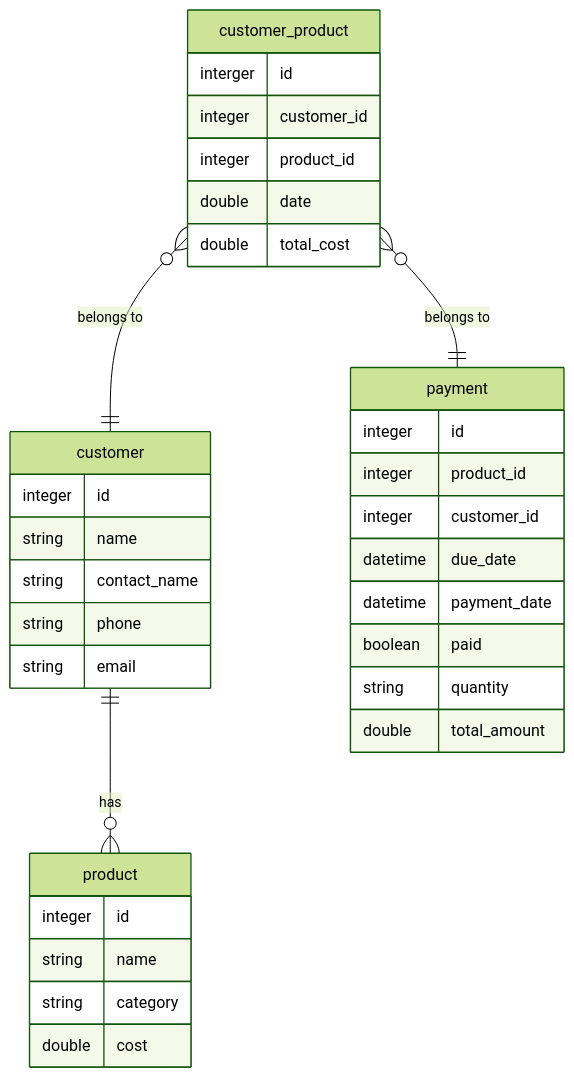
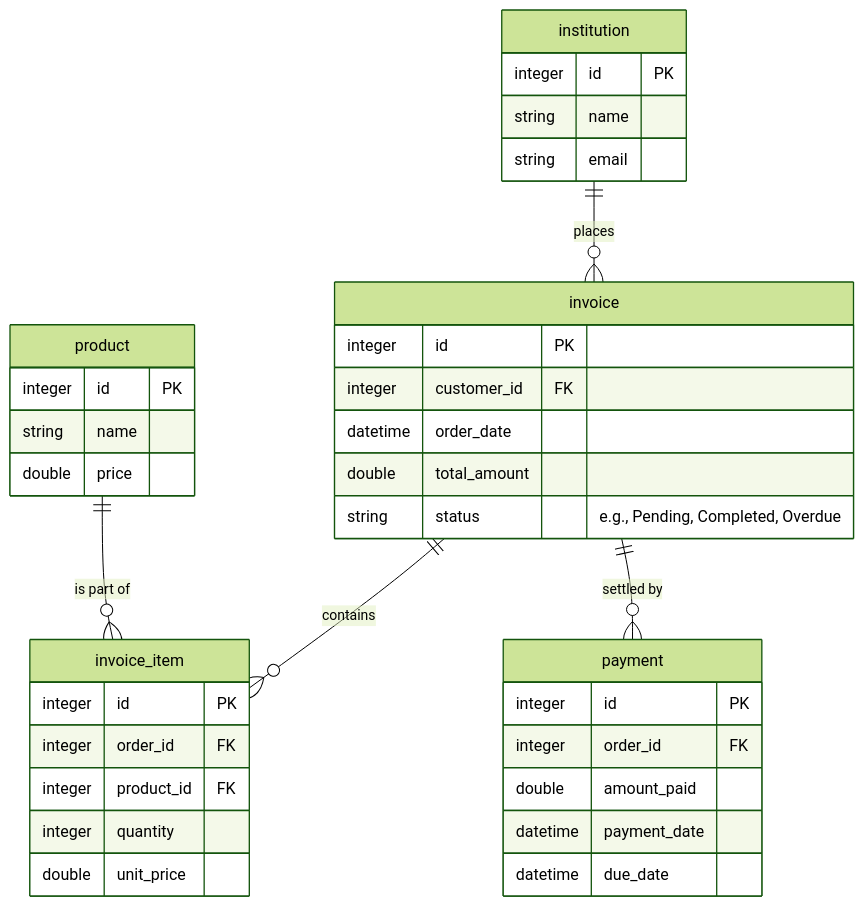
Before and after one commit to kihiukiragu/azani: the diagram in README.md, drawn with Mermaid (forest theme).

Commit message:
Update E-R diagram and related entities in README

````diff
--- a/README.md
+++ b/README.md
@@ -5,40 +5,43 @@
 ```mermaid
 erDiagram
-customer ||--o{ product : "has"
-customer_product }o--|| customer : "belongs to"
-customer_product }o--|| payment : "belongs to"
+    institution ||--o{ invoice : places
+    invoice ||--o{ invoice_item : contains
+    product ||--o{ invoice_item : "is part of"
+    invoice ||--o{ payment : "settled by"
 
-product {
-    integer id
-    string name    
-    string category
-    double cost
-}
+    institution {
+        integer id PK
+        string name
+        string email
+    }
 
-customer {
-    integer id
-    string name
-    string contact_name
-    string phone
-    string email
-}
+    product {
+        integer id PK
+        string name
+        double price
+    }
 
-payment {
-    integer id
-    integer product_id
-    integer customer_id
-    datetime due_date
-    datetime payment_date
-    boolean paid
-    string quantity
-    double total_amount
-}
+    invoice {
+        integer id PK
+        integer customer_id FK
+        datetime order_date
+        double total_amount
+        string status "e.g., Pending, Completed, Overdue"
+    }
 
-customer_product {
-    interger id
-    integer customer_id
-    integer product_id
-    double date
-    double total_cost
-}
+    invoice_item {
+        integer id PK
+        integer order_id FK
+        integer product_id FK
+        integer quantity
+        double unit_price
+    }
+
+    payment {
+        integer id PK
+        integer order_id FK
+        double amount_paid
+        datetime payment_date
+        datetime due_date
+    }
 ```
````
